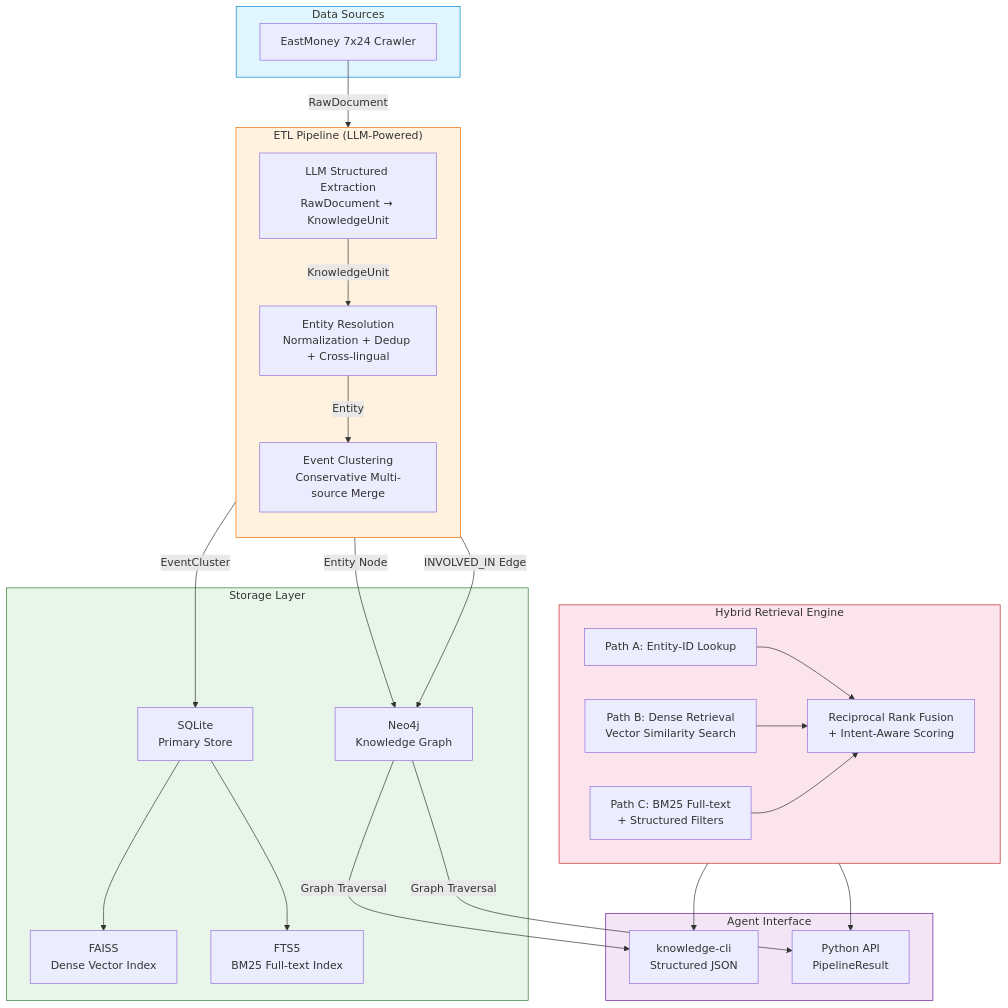
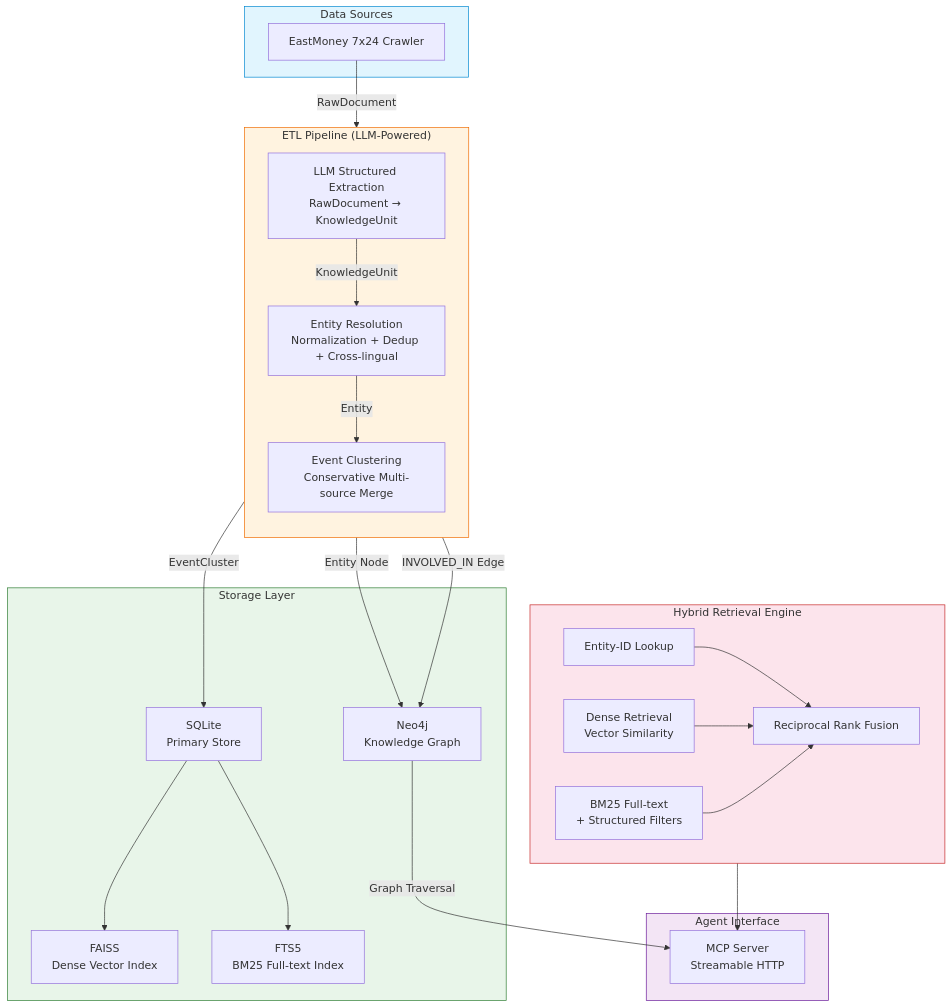
The first of 2 diagrams in README.md (yiwufen/news), drawn with Mermaid before and after one commit. The commit also changed other lines of this file, not shown here.

Commit message:
feat: 更新 README.md，添加 MCP 服务接入说明及工具调用示例

````diff
--- a/README.md
+++ b/README.md
@@ -34,56 +134,53 @@
 ```mermaid
 flowchart TB
     subgraph Sources["Data Sources"]
         EM["EastMoney 7x24 Crawler"]
     end
 
     subgraph ETL["ETL Pipeline (LLM-Powered)"]
         direction TB
         EXT["LLM Structured Extraction<br/>RawDocument → KnowledgeUnit"]
         ENT["Entity Resolution<br/>Normalization + Dedup + Cross-lingual"]
         CLU["Event Clustering<br/>Conservative Multi-source Merge"]
     end
 
     subgraph Storage["Storage Layer"]
         SQL["SQLite<br/>Primary Store"]
         NEO["Neo4j<br/>Knowledge Graph"]
         LDB["FAISS<br/>Dense Vector Index"]
         FTS["FTS5<br/>BM25 Full-text Index"]
     end
 
     subgraph Retrieval["Hybrid Retrieval Engine"]
         direction LR
-        EID["Path A: Entity-ID Lookup"]
-        DENSE["Path B: Dense Retrieval<br/>Vector Similarity Search"]
-        BM25["Path C: BM25 Full-text<br/>+ Structured Filters"]
-        RRF["Reciprocal Rank Fusion<br/>+ Intent-Aware Scoring"]
+        EID["Entity-ID Lookup"]
+        DENSE["Dense Retrieval<br/>Vector Similarity"]
+        BM25["BM25 Full-text<br/>+ Structured Filters"]
+        RRF["Reciprocal Rank Fusion"]
     end
 
-    subgraph Output["Agent Interface"]
-        CLI["knowledge-cli<br/>Structured JSON"]
-        API["Python API<br/>PipelineResult"]
+    subgraph Interface["Agent Interface"]
+        MCP["MCP Server<br/>Streamable HTTP"]
     end
 
     EM -->|"RawDocument"| EXT
     EXT -->|"KnowledgeUnit"| ENT
     ENT -->|"Entity"| CLU
     CLU -->|"EventCluster"| SQL
     ENT -->|"Entity Node"| NEO
     CLU -->|"INVOLVED_IN Edge"| NEO
     SQL --> FTS
     SQL --> LDB
 
     EID --> RRF
     DENSE --> RRF
     BM25 --> RRF
-    RRF --> CLI
-    RRF --> API
-    NEO -->|"Graph Traversal"| CLI
-    NEO -->|"Graph Traversal"| API
+    RRF --> MCP
+    NEO -->|"Graph Traversal"| MCP
 
     style Sources fill:#e1f5fe,stroke:#0288d1
     style ETL fill:#fff3e0,stroke:#ef6c00
     style Storage fill:#e8f5e9,stroke:#2e7d32
     style Retrieval fill:#fce4ec,stroke:#c62828
-    style Output fill:#f3e5f5,stroke:#6a1b9a
+    style Interface fill:#f3e5f5,stroke:#6a1b9a
 ```
````
